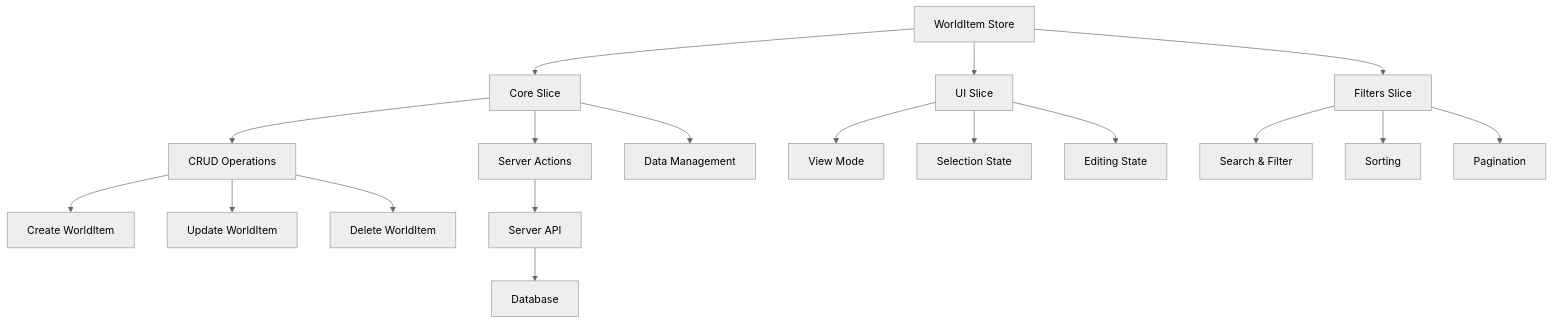
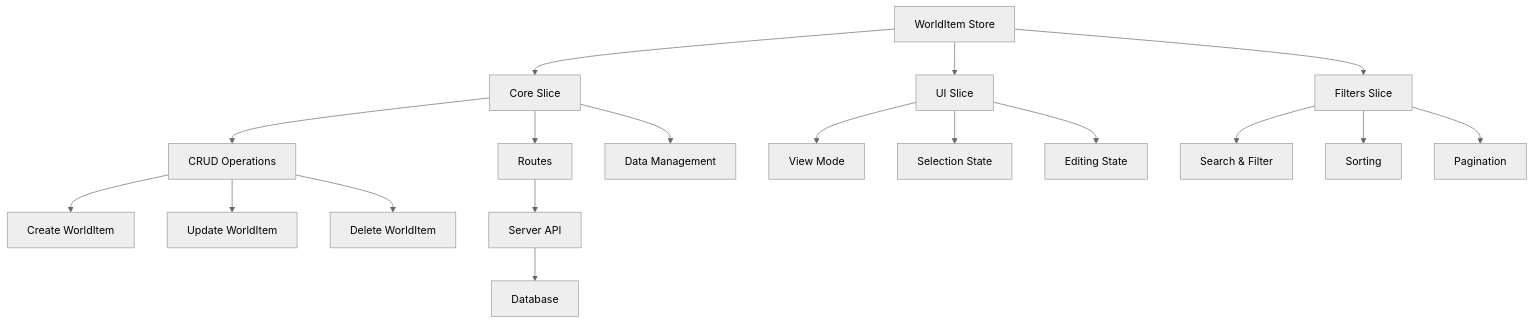
Before and after one commit to gvastethecreator/media-manager: the diagram in src/store/entities/world-item/README.md, drawn with Mermaid (neutral theme). The commit also changed other lines of this file and 98 other files, not shown here.

Commit message:
docs: initialize comprehensive architectural documentation and component-level README files across the repository.

````diff
--- a/src/store/entities/world-item/README.md
+++ b/src/store/entities/world-item/README.md
@@ -11,25 +13,25 @@
 ```mermaid
 graph TB
     A[WorldItem Store] --> B[Core Slice]
     A --> C[UI Slice]
     A --> D[Filters Slice]
 
     B --> E[CRUD Operations]
-    B --> F[Server Actions]
+    B --> F[Routes]
     B --> G[Data Management]
 
     C --> H[View Mode]
     C --> I[Selection State]
     C --> J[Editing State]
 
     D --> K[Search & Filter]
     D --> L[Sorting]
     D --> M[Pagination]
 
     E --> N[Create WorldItem]
     E --> O[Update WorldItem]
     E --> P[Delete WorldItem]
 
     F --> Q[Server API]
     Q --> R[Database]
 ```
````
